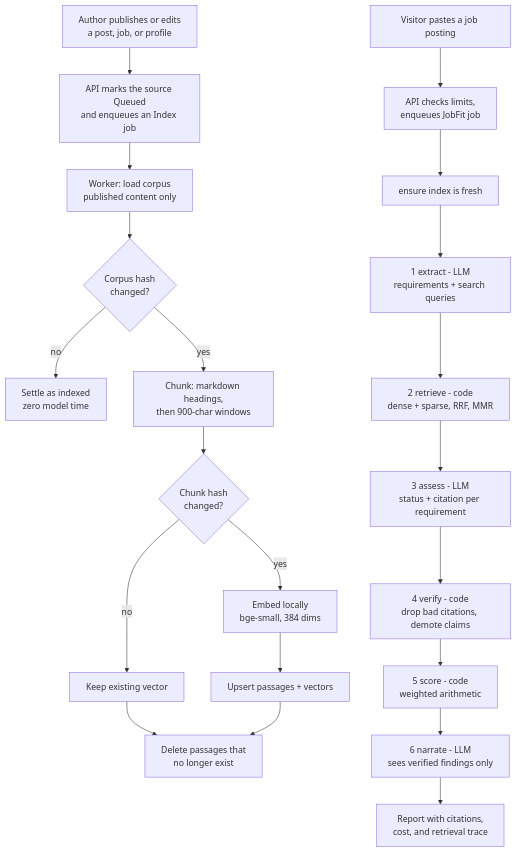
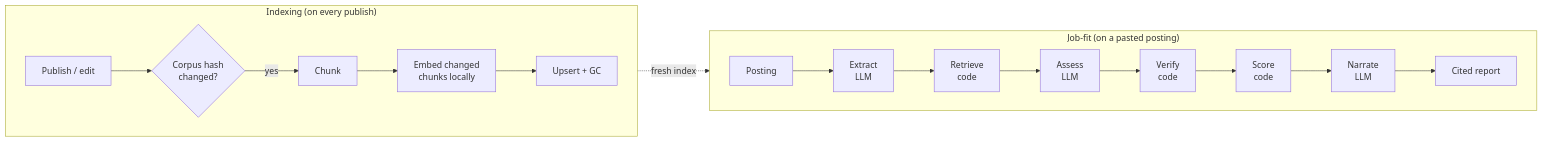
The second of 3 diagrams in README.md (KatoVu/PortfolioRAG), drawn with Mermaid before and after one commit. The commit also changed other lines of this file and 4 other files, not shown here.

````diff
--- a/README.md
+++ b/README.md
@@ -113,24 +137,13 @@
 ```mermaid
-flowchart TD
-    W[Author publishes or edits<br/>a post, job, or profile] --> Q1[API marks the source Queued<br/>and enqueues an Index job]
-    Q1 --> IX[Worker: load corpus<br/>published content only]
-    IX --> H{Corpus hash<br/>changed?}
-    H -- no --> DONE1[Settle as indexed<br/>zero model time]
-    H -- yes --> CH[Chunk: markdown headings,<br/>then 900-char windows]
-    CH --> DIFF{Chunk hash<br/>changed?}
-    DIFF -- no --> KEEP[Keep existing vector]
-    DIFF -- yes --> EMB[Embed locally<br/>bge-small, 384 dims]
-    EMB --> UP[Upsert passages + vectors]
-    KEEP --> GC[Delete passages that<br/>no longer exist]
-    UP --> GC
-
-    P[Visitor pastes a job posting] --> J[API checks limits,<br/>enqueues JobFit job]
-    J --> ENS[ensure index is fresh]
-    ENS --> S1[1 extract - LLM<br/>requirements + search queries]
-    S1 --> S2[2 retrieve - code<br/>dense + sparse, RRF, MMR]
-    S2 --> S3[3 assess - LLM<br/>status + citation per requirement]
-    S3 --> S4[4 verify - code<br/>drop bad citations, demote claims]
-    S4 --> S5[5 score - code<br/>weighted arithmetic]
-    S5 --> S6[6 narrate - LLM<br/>sees verified findings only]
-    S6 --> R[Report with citations,<br/>cost, and retrieval trace]
+flowchart LR
+    subgraph Index["Indexing (on every publish)"]
+        direction LR
+        W[Publish / edit] --> H{Corpus hash<br/>changed?}
+        H -- yes --> CH[Chunk] --> E[Embed changed<br/>chunks locally] --> UP[Upsert + GC]
+    end
+    subgraph Fit["Job-fit (on a pasted posting)"]
+        direction LR
+        P[Posting] --> S1[Extract<br/>LLM] --> S2[Retrieve<br/>code] --> S3[Assess<br/>LLM] --> S4[Verify<br/>code] --> S5[Score<br/>code] --> S6[Narrate<br/>LLM] --> R[Cited report]
+    end
+    UP -. fresh index .-> S2
 ```
````
